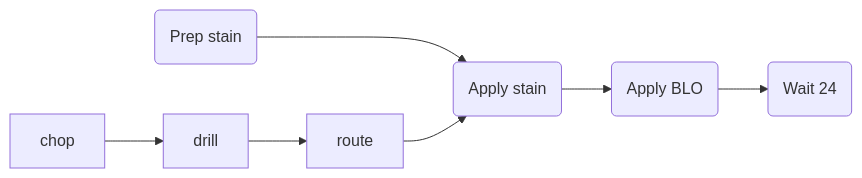
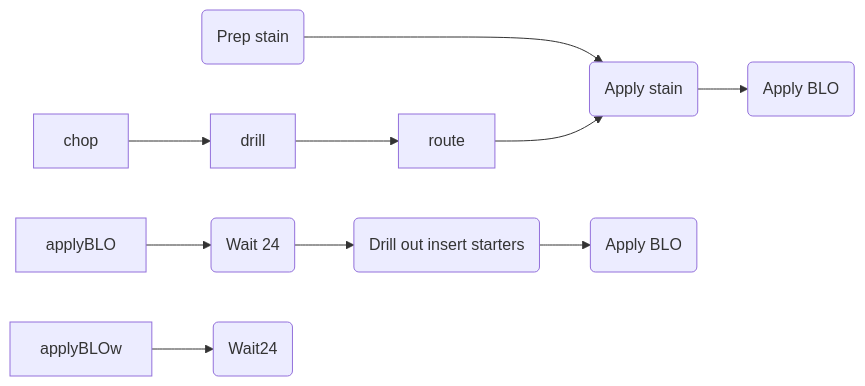
The diagram in README.md (frankburgs/wood), drawn with Mermaid before and after one commit.

````diff
--- a/README.md
+++ b/README.md
@@ -1,17 +1,23 @@
 ```mermaid
 
 flowchart LR
 
     id1(Prep stain) ---> id2(Apply stain)
     
     chop-->drill
     
     drill-->route
     
     route-->id2
     
-    id2-->applyBLO(Apply BLO)
+    id2-->applyBLO1(Apply BLO)
     
-    applyBLO-->idwait24(Wait 24)
+    applyBLO-->wait241(Wait 24)
+    
+    wait241-->drillInserts(Drill out insert starters)
+    
+    drillInserts-->applyBLO2(Apply BLO)
+    
+    applyBLOw-->wait242(Wait24)
     
 ```
````
